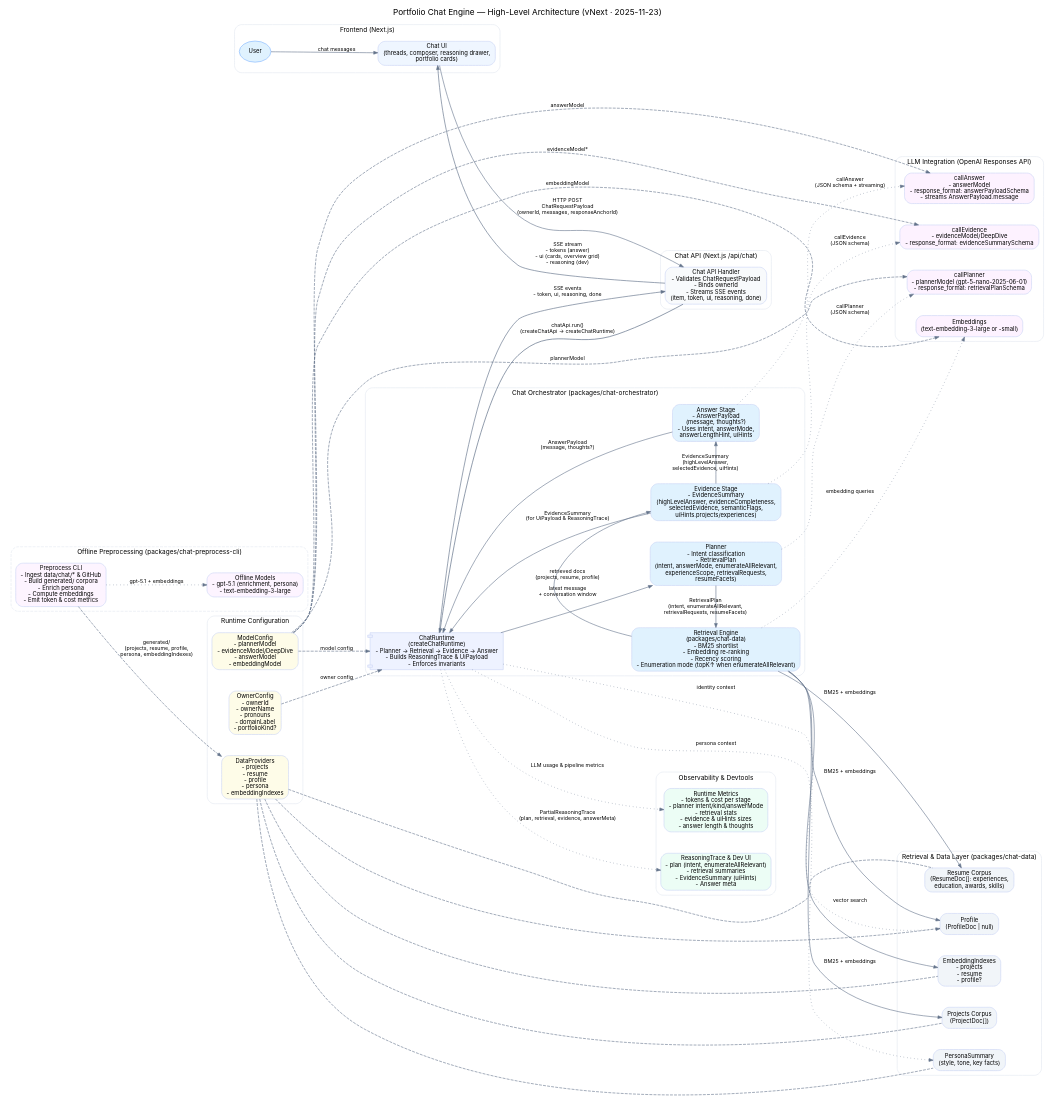
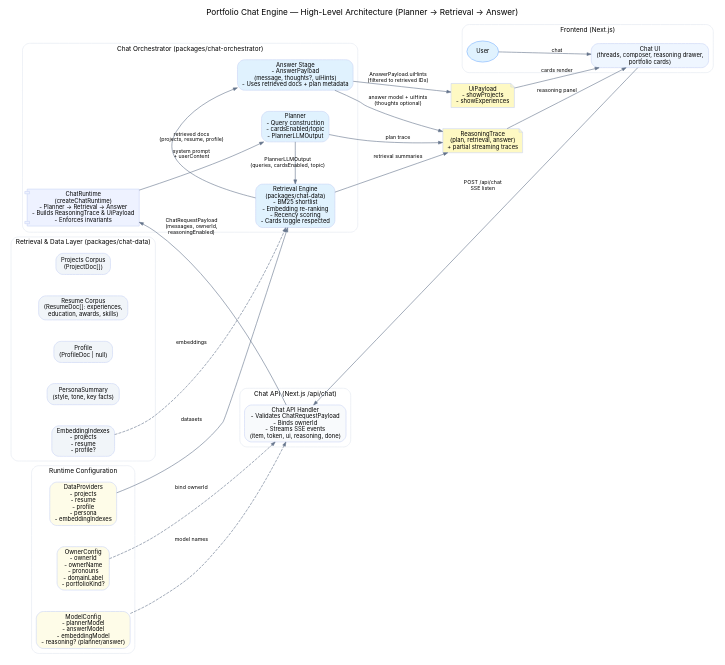
The diagram in generated-diagrams/portfolio-chat-engine.dot (Volpestyle/portfolio), drawn with Graphviz before and after one commit. The commit also changed 11 other files, not shown here.

First line of the commit message:
chore: remove obsolete debug artifacts and update diagrams

```diff
--- a/generated-diagrams/portfolio-chat-engine.dot
+++ b/generated-diagrams/portfolio-chat-engine.dot
@@ -1,6 +1,6 @@
 digraph PortfolioChatEngine {
   graph [
-    label="Portfolio Chat Engine — High-Level Architecture (vNext · 2025-11-23)",
+    label="Portfolio Chat Engine — High-Level Architecture (Planner → Retrieval → Answer)",
     labelloc="t",
     fontsize=14,
     fontname="Inter, Helvetica, Arial",
@@ -74,7 +74,7 @@
     ];
 
     model_config [
-      label="ModelConfig\n- plannerModel\n- evidenceModel/DeepDive\n- answerModel\n- embeddingModel",
+      label="ModelConfig\n- plannerModel\n- answerModel\n- embeddingModel\n- reasoning? (planner/answer)",
       fillcolor="#fefce8"
     ];
 
@@ -82,7 +82,6 @@
       label="DataProviders\n- projects\n- resume\n- profile\n- persona\n- embeddingIndexes",
       fillcolor="#fefce8"
     ];
-
   }
 
   // =========================
@@ -96,32 +95,27 @@
     style="rounded";
 
     orchestrator [
-      label="ChatRuntime\n(createChatRuntime)\n- Planner → Retrieval → Evidence → Answer\n- Builds ReasoningTrace & UiPayload\n- Enforces invariants",
+      label="ChatRuntime\n(createChatRuntime)\n- Planner → Retrieval → Answer\n- Builds ReasoningTrace & UiPayload\n- Enforces invariants",
       shape=component,
       fillcolor="#eef2ff"
     ];
 
     planner [
-      label="Planner\n- Intent classification\n- RetrievalPlan\n(intent, answerMode, enumerateAllRelevant,\nexperienceScope, retrievalRequests,\nresumeFacets)",
+      label="Planner\n- Query construction\n- cardsEnabled/topic\n- PlannerLLMOutput",
       fillcolor="#e0f2fe"
     ];
 
     retrieval [
-      label="Retrieval Engine\n(packages/chat-data)\n- BM25 shortlist\n- Embedding re-ranking\n- Recency scoring\n- Enumeration mode (topK↑ when enumerateAllRelevant)",
-      fillcolor="#e0f2fe"
-    ];
-
-    evidence [
-      label="Evidence Stage\n- EvidenceSummary\n(highLevelAnswer, evidenceCompleteness,\nselectedEvidence, semanticFlags,\nuiHints.projects/experiences)",
+      label="Retrieval Engine\n(packages/chat-data)\n- BM25 shortlist\n- Embedding re-ranking\n- Recency scoring\n- Cards toggle respected",
       fillcolor="#e0f2fe"
     ];
 
     answer [
-      label="Answer Stage\n- AnswerPayload\n(message, thoughts?)\n- Uses intent, answerMode,\nanswerLengthHint, uiHints",
+      label="Answer Stage\n- AnswerPayload\n(message, thoughts?, uiHints)\n- Uses retrieved docs + plan metadata",
       fillcolor="#e0f2fe"
     ];
 
-    { rank = same; planner; retrieval; evidence; answer; }
+    { rank = same; planner; retrieval; answer; }
   }
 
   // =========================
@@ -161,164 +155,42 @@
   }
 
   // =========================
-  // LLM Integration
+  // Reasoning Trace & UI
   // =========================
-  subgraph cluster_llm {
-    label="LLM Integration (OpenAI Responses API)";
-    fontsize=11;
-    fontname="Inter, Helvetica, Arial";
-    color="#e2e8f0";
-    style="rounded";
-
-    planner_llm [
-      label="callPlanner\n- plannerModel (gpt-5-nano-2025-06-01)\n- response_format: retrievalPlanSchema",
-      shape=box,
-      fillcolor="#fdf2ff"
-    ];
-
-    evidence_llm [
-      label="callEvidence\n- evidenceModel/DeepDive\n- response_format: evidenceSummarySchema",
-      shape=box,
-      fillcolor="#fdf2ff"
-    ];
-
-    answer_llm [
-      label="callAnswer\n- answerModel\n- response_format: answerPayloadSchema\n- streams AnswerPayload.message",
-      shape=box,
-      fillcolor="#fdf2ff"
-    ];
-
-    embedding_llm [
-      label="Embeddings\n(text-embedding-3-large or -small)",
-      shape=box,
-      fillcolor="#fdf2ff"
-    ];
-  }
-
-  // =========================
-  // Offline Preprocessing
-  // =========================
-  subgraph cluster_preprocess {
-    label="Offline Preprocessing (packages/chat-preprocess-cli)";
-    fontsize=11;
-    fontname="Inter, Helvetica, Arial";
-    color="#e2e8f0";
-    style="rounded,dashed";
-
-    preprocess_cli [
-      label="Preprocess CLI\n- Ingest data/chat/* & GitHub\n- Build generated/ corpora\n- Enrich persona\n- Compute embeddings\n- Emit token & cost metrics",
-      fillcolor="#fdf4ff"
-    ];
-
-    preprocess_models [
-      label="Offline Models\n- gpt-5.1 (enrichment, persona)\n- text-embedding-3-large",
-      fillcolor="#fdf4ff"
-    ];
-  }
-
-  // =========================
-  // Observability & Metrics
-  // =========================
-  subgraph cluster_observability {
-    label="Observability & Devtools";
-    fontsize=11;
-    fontname="Inter, Helvetica, Arial";
-    color="#e2e8f0";
-    style="rounded";
-
-    runtime_metrics [
-      label="Runtime Metrics\n- tokens & cost per stage\n- planner intent/kind/answerMode\n- retrieval stats\n- evidence & uiHints sizes\n- answer length & thoughts",
-      fillcolor="#ecfdf5"
-    ];
-
-    reasoning_trace [
-      label="ReasoningTrace & Dev UI\n- plan (intent, enumerateAllRelevant)\n- retrieval summaries\n- EvidenceSummary (uiHints)\n- Answer meta",
-      fillcolor="#ecfdf5"
-    ];
-  }
-
-  // =========================
-  // Edges: User → Runtime → UI
-  // =========================
-
-  // Frontend <-> User
-  user -> frontend_ui [label="chat messages"];
-
-  // Frontend -> Chat API
-  frontend_ui -> chat_api [
-    label="HTTP POST\nChatRequestPayload\n(ownerId, messages, responseAnchorId)"
+  reasoning_trace [
+    label="ReasoningTrace\n(plan, retrieval, answer)\n+ partial streaming traces",
+    shape=note,
+    fillcolor="#fef9c3"
   ];
 
-  // Chat API -> Orchestrator
-  chat_api -> orchestrator [
-    label="chatApi.run()\n(createChatApi → createChatRuntime)",
-    penwidth=1.2
-  ];
-
-  // Orchestrator -> Pipeline stages
-  orchestrator -> planner [label="latest message\n+ conversation window"];
-  planner -> retrieval [label="RetrievalPlan\n(intent, enumerateAllRelevant,\nretrievalRequests, resumeFacets)"];
-  retrieval -> evidence [label="retrieved docs\n(projects, resume, profile)"];
-  evidence -> answer [label="EvidenceSummary\n(highLevelAnswer,\nselectedEvidence, uiHints)"];
-
-  // Pipeline results back to Orchestrator & API
-  answer -> orchestrator [label="AnswerPayload\n(message, thoughts?)"];
-  evidence -> orchestrator [label="EvidenceSummary\n(for UiPayload & ReasoningTrace)"];
-  orchestrator -> chat_api [
-    label="SSE events\n- token, ui, reasoning, done",
-    penwidth=1.1
-  ];
-  chat_api -> frontend_ui [
-    label="SSE stream\n- tokens (answer)\n- ui (cards, overview grid)\n- reasoning (dev)",
-    penwidth=1.1
+  ui_payload [
+    label="UiPayload\n- showProjects\n- showExperiences",
+    shape=note,
+    fillcolor="#fef9c3"
   ];
 
   // =========================
-  // Edges: Config & Data
+  // Wiring
   // =========================
-  owner_config -> orchestrator [label="owner config", style="dashed"];
-  model_config -> orchestrator [label="model config", style="dashed"];
+  user -> frontend_ui [label="chat"];
+  frontend_ui -> chat_api [label="POST /api/chat\nSSE listen"];
+  chat_api -> orchestrator [label="ChatRequestPayload\n(messages, ownerId,\nreasoningEnabled)"];
 
-  // Data providers feed retrieval & answer context
-  data_providers -> projects_corpus [style="dashed", arrowhead="none"];
-  data_providers -> resume_corpus   [style="dashed", arrowhead="none"];
-  data_providers -> profile_corpus  [style="dashed", arrowhead="none"];
-  data_providers -> persona_summary [style="dashed", arrowhead="none"];
-  data_providers -> embedding_indexes [style="dashed", arrowhead="none"];
+  owner_config -> chat_api [style="dashed", label="bind ownerId"];
+  model_config -> chat_api [style="dashed", label="model names"];
 
-  retrieval -> projects_corpus [label="BM25 + embeddings", style="solid"];
-  retrieval -> resume_corpus   [label="BM25 + embeddings", style="solid"];
-  retrieval -> profile_corpus  [label="BM25 + embeddings", style="solid"];
-  retrieval -> embedding_indexes [label="vector search", style="solid"];
+  data_providers -> retrieval [label="datasets"];
+  embedding_indexes -> retrieval [style="dashed", label="embeddings"];
 
-  orchestrator -> persona_summary [label="persona context", style="dotted"];
-  orchestrator -> profile_corpus  [label="identity context", style="dotted"];
+  orchestrator -> planner [label="system prompt\n+ userContent"];
+  planner -> retrieval [label="PlannerLLMOutput\n(queries, cardsEnabled, topic)"];
+  retrieval -> answer [label="retrieved docs\n(projects, resume, profile)"];
 
-  // =========================
-  // Edges: LLM Calls
-  // =========================
-  planner -> planner_llm [label="callPlanner\n(JSON schema)", style="dotted"];
-  evidence -> evidence_llm [label="callEvidence\n(JSON schema)", style="dotted"];
-  answer -> answer_llm [label="callAnswer\n(JSON schema + streaming)", style="dotted"];
-  retrieval -> embedding_llm [label="embedding queries", style="dotted"];
+  answer -> ui_payload [label="AnswerPayload.uiHints\n(filtered to retrieved IDs)"];
+  answer -> reasoning_trace [label="answer model + uiHints\n(thoughts optional)"];
+  planner -> reasoning_trace [label="plan trace"];
+  retrieval -> reasoning_trace [label="retrieval summaries"];
 
-  model_config -> planner_llm  [label="plannerModel", style="dashed"];
-  model_config -> evidence_llm [label="evidenceModel*", style="dashed"];
-  model_config -> answer_llm   [label="answerModel", style="dashed"];
-  model_config -> embedding_llm [label="embeddingModel", style="dashed"];
-
-  // =========================
-  // Edges: Offline Preprocessing
-  // =========================
-  preprocess_cli -> preprocess_models [label="gpt-5.1 + embeddings", style="dotted"];
-  preprocess_cli -> data_providers [
-    label="generated/\n(projects, resume, profile,\npersona, embeddingIndexes)",
-    style="dashed"
-  ];
-
-  // =========================
-  // Edges: Observability
-  // =========================
-  orchestrator -> runtime_metrics [label="LLM usage & pipeline metrics", style="dotted"];
-  orchestrator -> reasoning_trace [label="PartialReasoningTrace\n(plan, retrieval, evidence, answerMeta)", style="dotted"];
+  ui_payload -> frontend_ui [label="cards render"];
+  reasoning_trace -> frontend_ui [label="reasoning panel"];
 }
```
